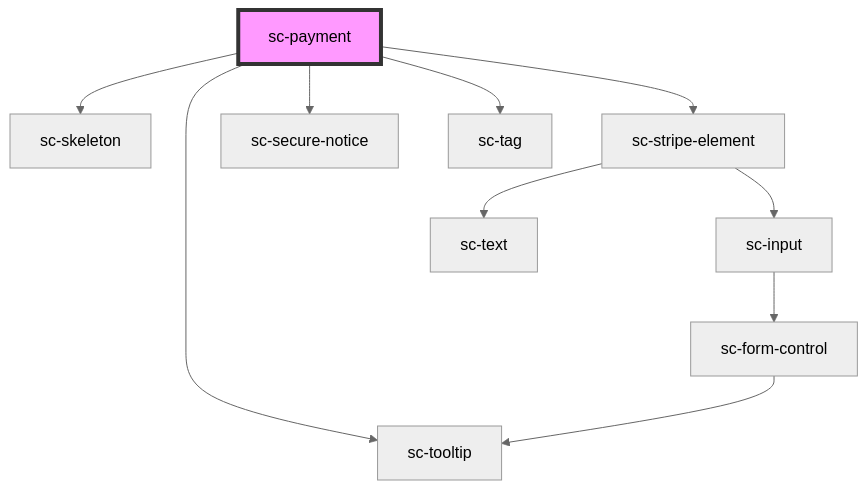
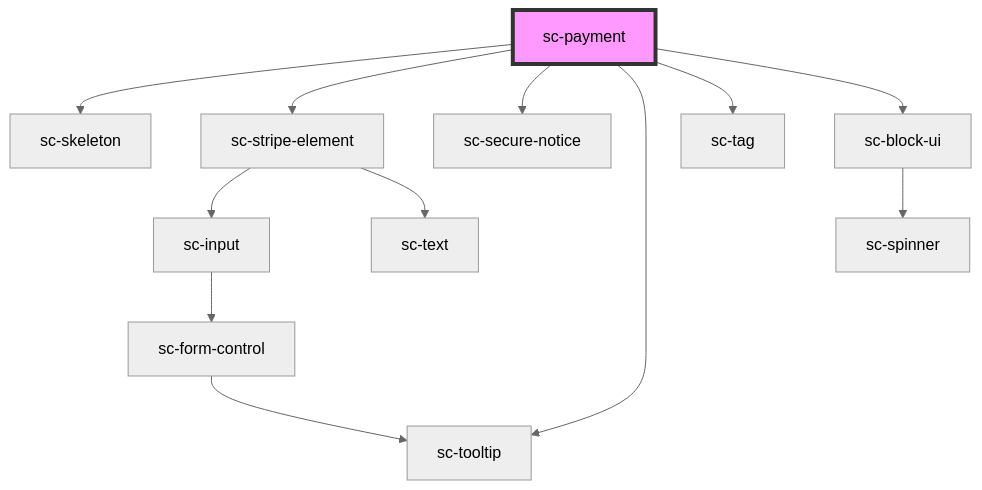
Before and after one commit to surecart/surecart-wp-plugin: the diagram in packages/components/src/components/controllers/checkout-form/payment/readme.md, drawn with Mermaid (neutral theme). The commit also changed other lines of this file and 4 other files, not shown here.

````diff
--- a/packages/components/src/components/controllers/checkout-form/payment/readme.md
+++ b/packages/components/src/components/controllers/checkout-form/payment/readme.md
@@ -32,13 +34,15 @@
 ```mermaid
 graph TD;
   sc-payment --> sc-skeleton
   sc-payment --> sc-stripe-element
   sc-payment --> sc-secure-notice
   sc-payment --> sc-tooltip
   sc-payment --> sc-tag
+  sc-payment --> sc-block-ui
   sc-stripe-element --> sc-input
   sc-stripe-element --> sc-text
   sc-input --> sc-form-control
   sc-form-control --> sc-tooltip
+  sc-block-ui --> sc-spinner
   style sc-payment fill:#f9f,stroke:#333,stroke-width:4px
 ```
````
